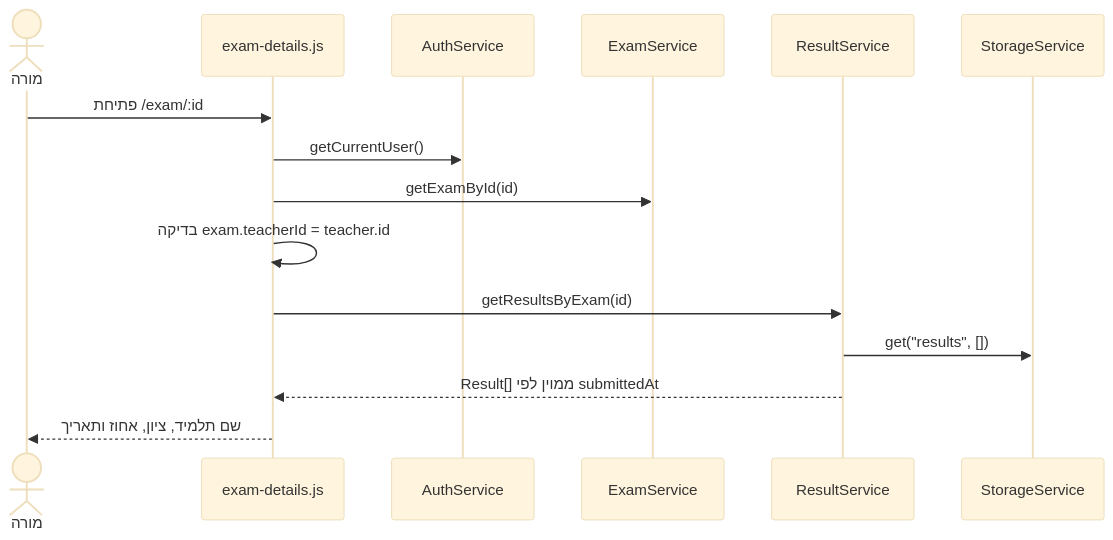
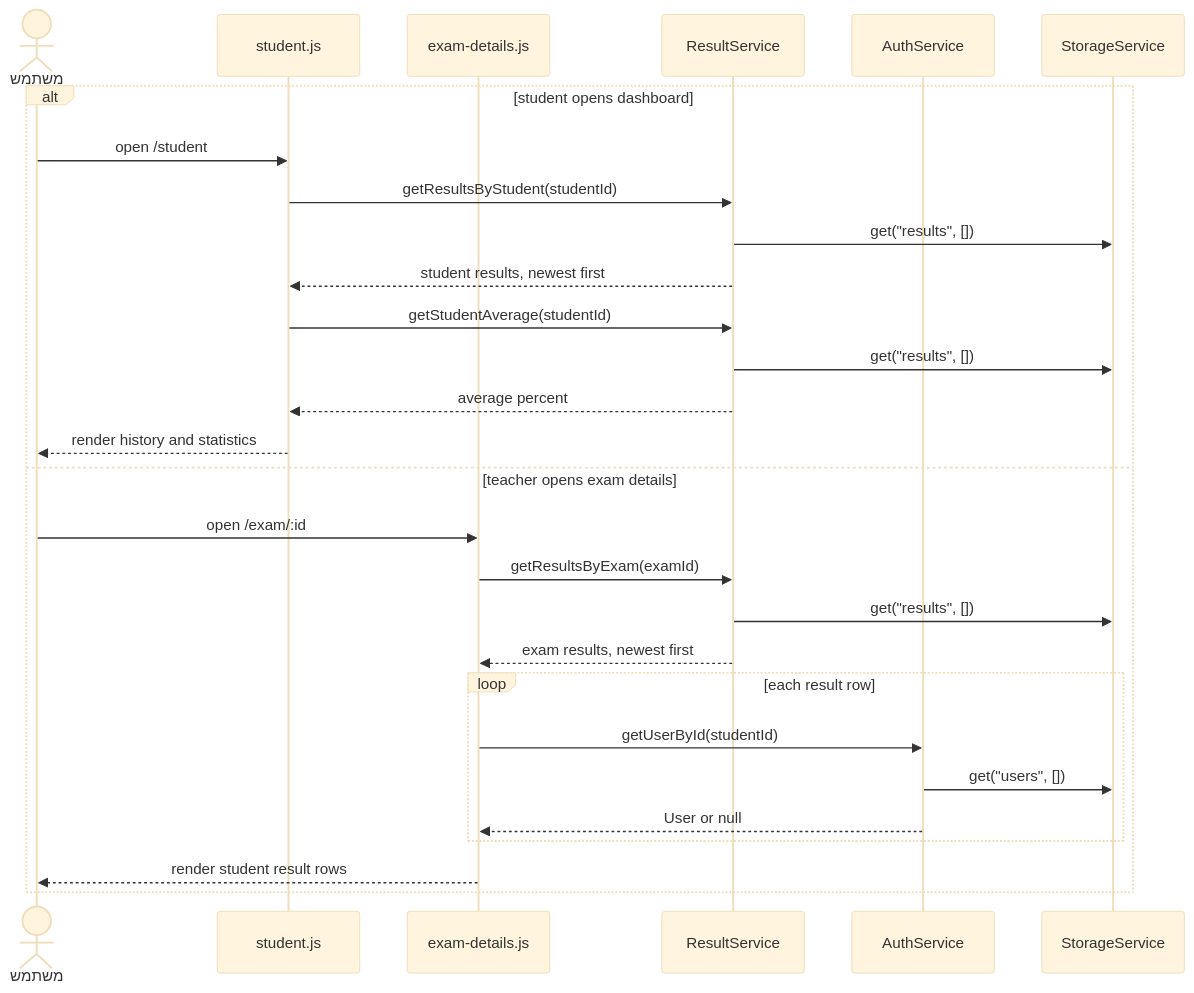
One commit to ebraheem222-tech/QuizProj changed diagram 11 of 11 in TECHNICAL_DOCUMENT.md. Above: the diagram before and after it, drawn with Mermaid (base theme). The commit also changed other lines of this file and 7 other files, not shown here.

Commit message:
Correct and verify system flow documentation

````diff
--- a/TECHNICAL_DOCUMENT.md
+++ b/TECHNICAL_DOCUMENT.md
@@ -369,18 +554,31 @@
 ```mermaid
 sequenceDiagram
-  actor Teacher as מורה
+  actor Viewer as משתמש
+  participant StudentPage as student.js
   participant DetailsPage as exam-details.js
+  participant Results as ResultService
   participant Auth as AuthService
-  participant ExamService
-  participant ResultService
   participant Storage as StorageService
 
-  Teacher->>DetailsPage: פתיחת /exam/:id
-  DetailsPage->>Auth: getCurrentUser()
-  DetailsPage->>ExamService: getExamById(id)
-  DetailsPage->>DetailsPage: בדיקה exam.teacherId = teacher.id
-  DetailsPage->>ResultService: getResultsByExam(id)
-  ResultService->>Storage: get("results", [])
-  ResultService-->>DetailsPage: Result[] ממוין לפי submittedAt
-  DetailsPage-->>Teacher: שם תלמיד, ציון, אחוז ותאריך
+  alt student opens dashboard
+    Viewer->>StudentPage: open /student
+    StudentPage->>Results: getResultsByStudent(studentId)
+    Results->>Storage: get("results", [])
+    Results-->>StudentPage: student results, newest first
+    StudentPage->>Results: getStudentAverage(studentId)
+    Results->>Storage: get("results", [])
+    Results-->>StudentPage: average percent
+    StudentPage-->>Viewer: render history and statistics
+  else teacher opens exam details
+    Viewer->>DetailsPage: open /exam/:id
+    DetailsPage->>Results: getResultsByExam(examId)
+    Results->>Storage: get("results", [])
+    Results-->>DetailsPage: exam results, newest first
+    loop each result row
+      DetailsPage->>Auth: getUserById(studentId)
+      Auth->>Storage: get("users", [])
+      Auth-->>DetailsPage: User or null
+    end
+    DetailsPage-->>Viewer: render student result rows
+  end
 ```
````
